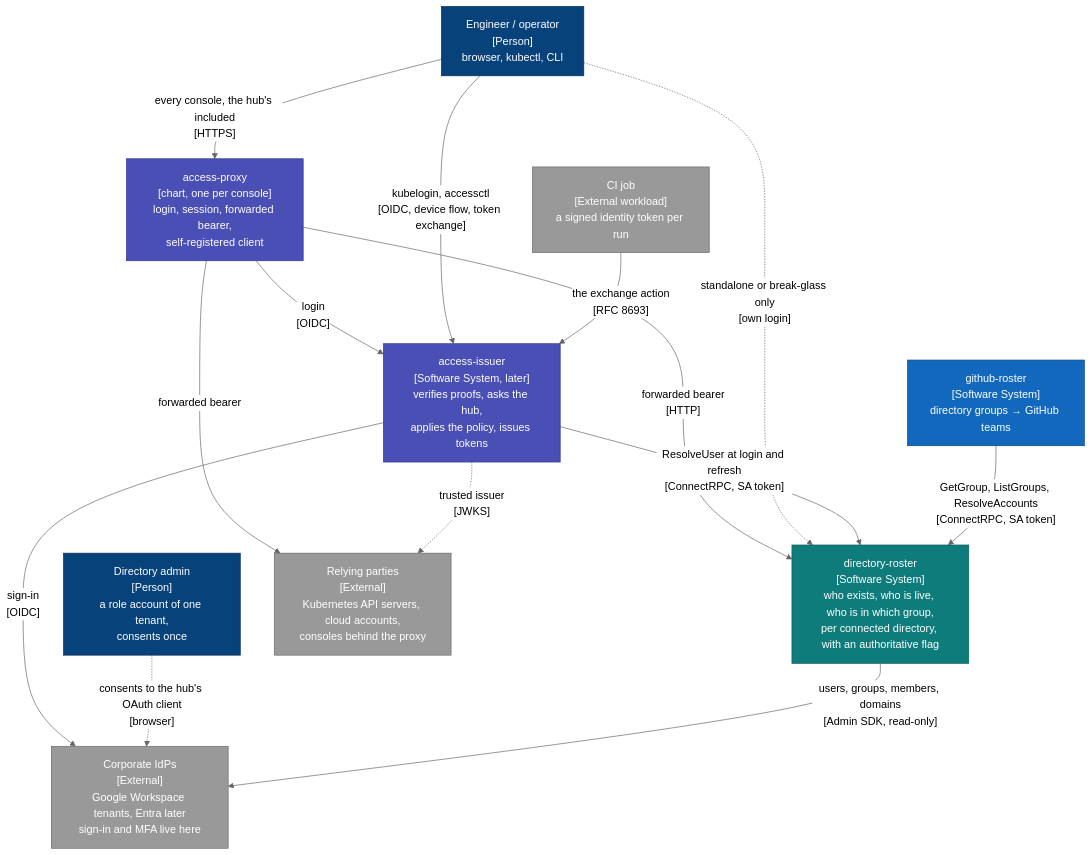
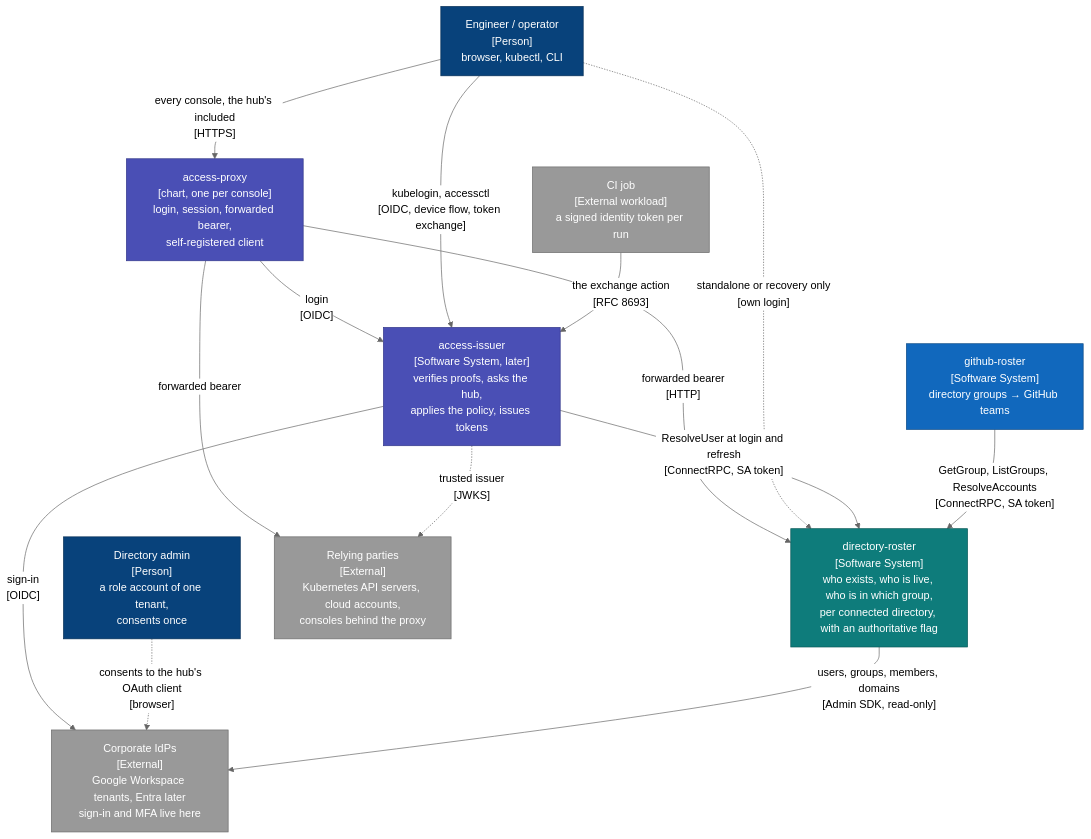
One commit to truvity/access-roster changed the first of 11 diagrams in docs/architecture.md. Above: the diagram before and after it, drawn with Mermaid (neutral theme). The commit also changed other lines of this file and 31 other files, not shown here.

````diff
--- a/docs/architecture.md
+++ b/docs/architecture.md
@@ -35,37 +36,37 @@
 ```mermaid
 flowchart TB
   eng["Engineer / operator<br/>[Person]<br/>browser, kubectl, CLI"]:::person
   admin["Directory admin<br/>[Person]<br/>a role account of one tenant,<br/>consents once"]:::person
   ci["CI job<br/>[External workload]<br/>a signed identity token per run"]:::ext
 
   ts["access-issuer<br/>[Software System, later]<br/>verifies proofs, asks the hub,<br/>applies the policy, issues tokens"]:::token
   hub["directory-roster<br/>[Software System]<br/>who exists, who is live, who is in which group,<br/>per connected directory, with an authoritative flag"]:::hub
   teamsync["github-roster<br/>[Software System]<br/>directory groups → GitHub teams"]:::system
 
   proxy["access-proxy<br/>[chart, one per console]<br/>login, session, forwarded bearer,<br/>self-registered client"]:::token
   rp["Relying parties<br/>[External]<br/>Kubernetes API servers, cloud accounts,<br/>consoles behind the proxy"]:::ext
   idp["Corporate IdPs<br/>[External]<br/>Google Workspace tenants, Entra later<br/>sign-in and MFA live here"]:::ext
 
   eng -- "every console, the hub's included<br/>[HTTPS]" --> proxy
   proxy -- "login<br/>[OIDC]" --> ts
   proxy -- "forwarded bearer<br/>[HTTP]" --> hub
   proxy -- "forwarded bearer" --> rp
   eng -- "kubelogin, accessctl<br/>[OIDC, device flow, token exchange]" --> ts
-  eng -. "standalone or break-glass only<br/>[own login]" .-> hub
+  eng -. "standalone or recovery only<br/>[own login]" .-> hub
   ci -- "the exchange action<br/>[RFC 8693]" --> ts
   ts -- "sign-in<br/>[OIDC]" --> idp
   ts -- "ResolveUser at login and refresh<br/>[ConnectRPC, SA token]" --> hub
   ts -. "trusted issuer<br/>[JWKS]" .-> rp
   teamsync -- "GetGroup, ListGroups, ResolveAccounts<br/>[ConnectRPC, SA token]" --> hub
   admin -. "consents to the hub's OAuth client<br/>[browser]" .-> idp
   hub -- "users, groups, members, domains<br/>[Admin SDK, read-only]" --> idp
 
   classDef person fill:#08427b,stroke:#052e56,color:#fff
   classDef system fill:#1168bd,stroke:#0b4884,color:#fff
   classDef ext fill:#999999,stroke:#6b6b6b,color:#fff
   classDef hub fill:#0E7C7B,stroke:#0A5958,color:#fff
   classDef hubStore fill:#5FA9A7,stroke:#0A5958,color:#fff
   classDef token fill:#4A4FB5,stroke:#33378A,color:#fff
   classDef tokenStore fill:#8A8DD1,stroke:#33378A,color:#fff
   classDef component fill:#85bbf0,stroke:#5d82a8,color:#000
 ```
````
